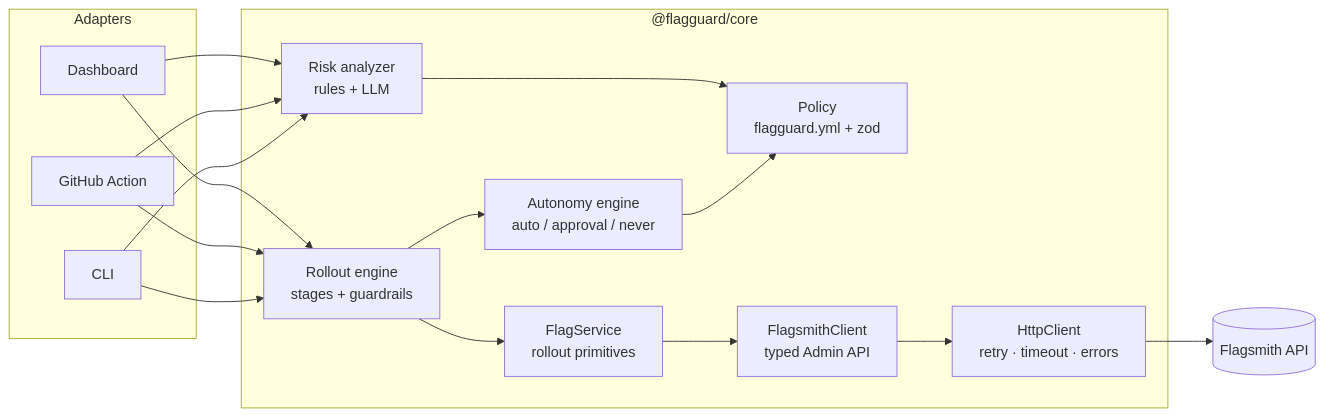
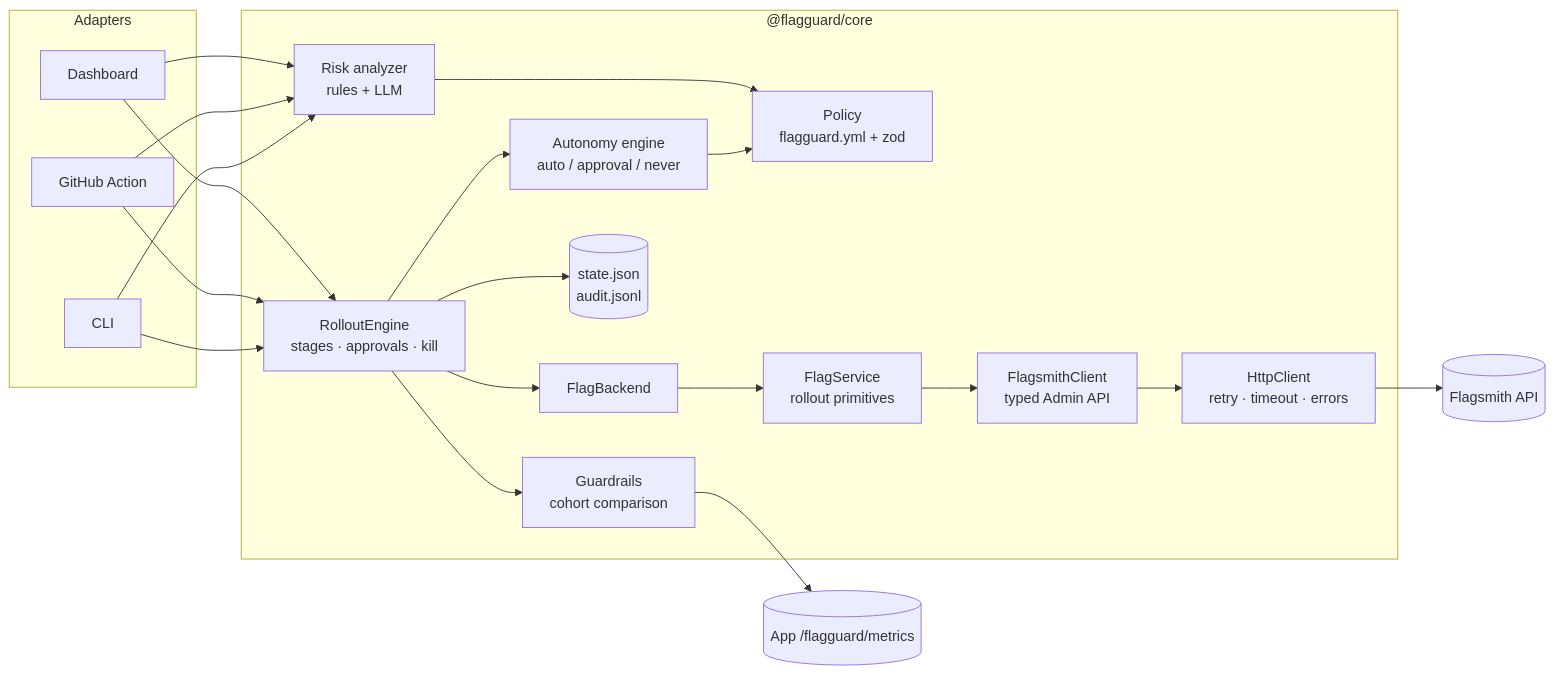
The first of 2 diagrams in docs/architecture.md (somcpp/flagguard), drawn with Mermaid before and after one commit. The commit also changed other lines of this file and 4 other files, not shown here.

````diff
--- a/docs/architecture.md
+++ b/docs/architecture.md
@@ -6,23 +6,29 @@
 ```mermaid
 flowchart LR
   subgraph Adapters
     CLI[CLI]
     GHA[GitHub Action]
     UI[Dashboard]
   end
 
   subgraph core["@flagguard/core"]
     Policy[Policy<br/>flagguard.yml + zod]
     Autonomy[Autonomy engine<br/>auto / approval / never]
     Risk[Risk analyzer<br/>rules + LLM]
-    Rollout[Rollout engine<br/>stages + guardrails]
+    Rollout[RolloutEngine<br/>stages · approvals · kill]
+    Health[Guardrails<br/>cohort comparison]
+    Store[(state.json<br/>audit.jsonl)]
+    Backend[FlagBackend]
     FS[FlagService<br/>rollout primitives]
     Client[FlagsmithClient<br/>typed Admin API]
     Http[HttpClient<br/>retry · timeout · errors]
   end
 
   CLI & GHA & UI --> Rollout & Risk
   Rollout --> Autonomy --> Policy
   Risk --> Policy
-  Rollout --> FS --> Client --> Http --> API[(Flagsmith API)]
+  Rollout --> Health
+  Rollout --> Store
+  Rollout --> Backend --> FS --> Client --> Http --> API[(Flagsmith API)]
+  Health --> Metrics[(App /flagguard/metrics)]
 ```
````
